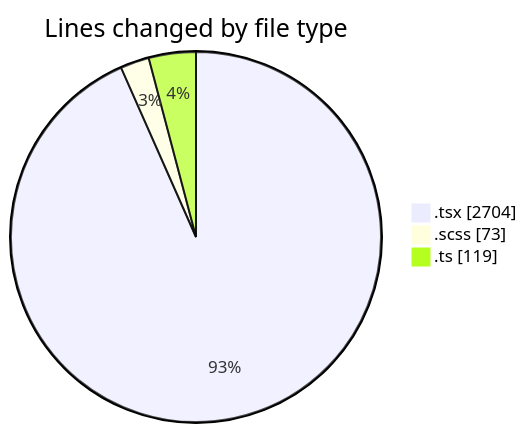
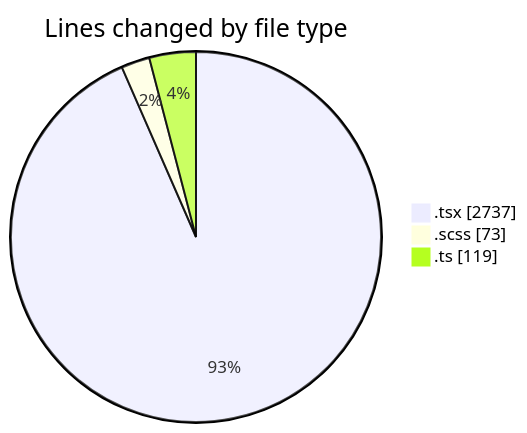
Before and after one commit to momahboobian/code-tracking: the first of 2 diagrams in 2025-06-13/cda/README.md, drawn with Mermaid. The commit also changed other lines of this file and 1 other file, not shown here.

````diff
--- a/2025-06-13/cda/README.md
+++ b/2025-06-13/cda/README.md
@@ -28,7 +29,7 @@
 ```mermaid
 pie showData
 title Lines changed by file type
-".tsx" : 2704
+".tsx" : 2737
 ".scss" : 73
 ".ts" : 119
 ```
````
